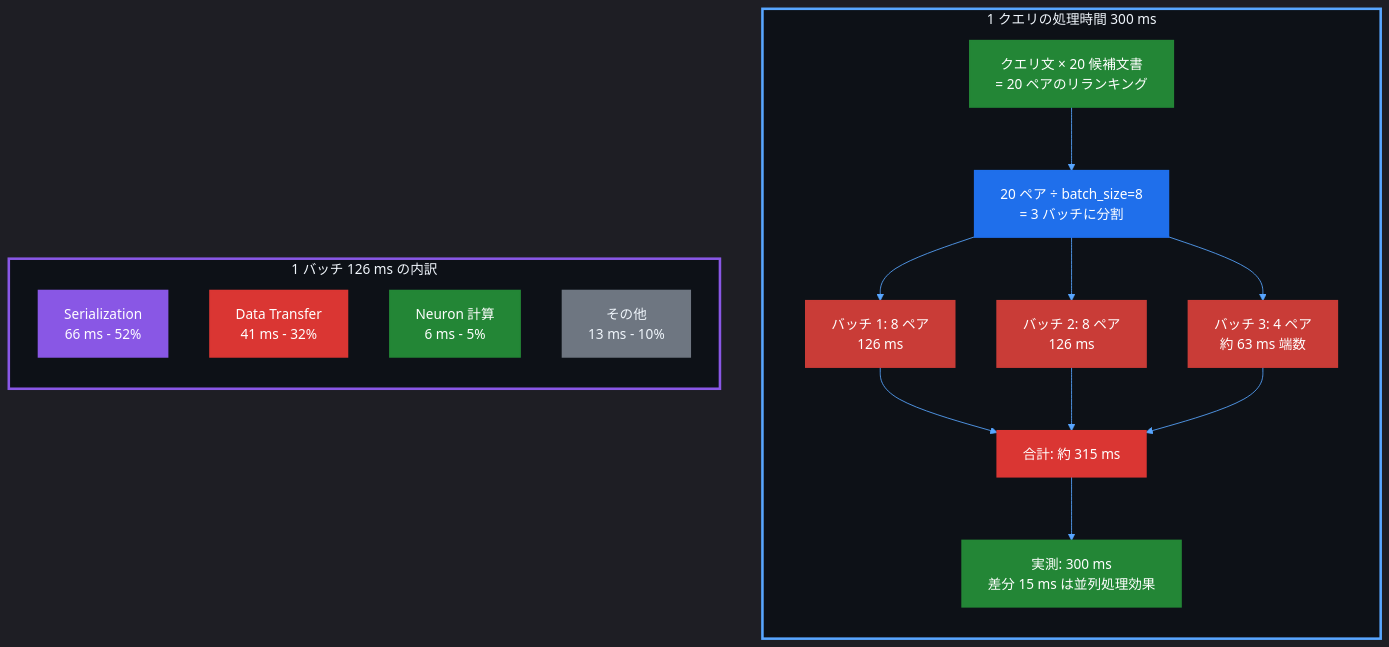
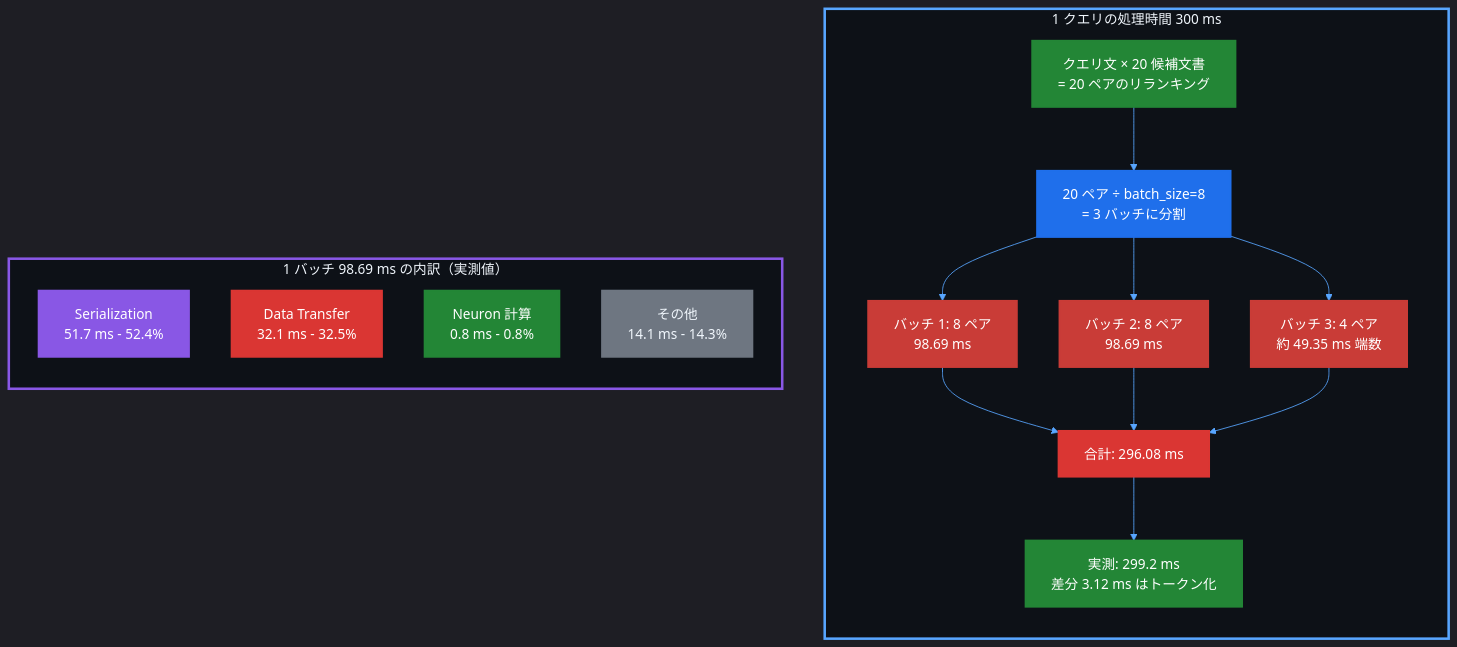
The first of 2 diagrams in articles/8d7643da66042e.md (littlemex/zenn), drawn with Mermaid before and after one commit. The commit also changed other lines of this file, not shown here.

````diff
--- a/articles/8d7643da66042e.md
+++ b/articles/8d7643da66042e.md
@@ -467,38 +549,38 @@
 ```mermaid
 %%{init: {'theme':'dark','themeVariables': {'darkMode': true, 'background': '#0d1117', 'primaryColor': '#58a6ff', 'primaryTextColor': '#f0f6fc', 'primaryBorderColor': '#58a6ff', 'lineColor': '#58a6ff', 'secondaryColor': '#58a6ff', 'tertiaryColor': '#58a6ff', 'fontSize': '16px'}}}%%
 flowchart TB
     subgraph query["1 クエリの処理時間 300 ms"]
         direction TB
         Q["クエリ文 × 20 候補文書<br/>= 20 ペアのリランキング"]
         Q --> D["20 ペア ÷ batch_size=8<br/>= 3 バッチに分割"]
-        D --> B1["バッチ 1: 8 ペア<br/>126 ms"]
-        D --> B2["バッチ 2: 8 ペア<br/>126 ms"]
-        D --> B3["バッチ 3: 4 ペア<br/>約 63 ms 端数"]
-        B1 --> T["合計: 約 315 ms"]
+        D --> B1["バッチ 1: 8 ペア<br/>98.69 ms"]
+        D --> B2["バッチ 2: 8 ペア<br/>98.69 ms"]
+        D --> B3["バッチ 3: 4 ペア<br/>約 49.35 ms 端数"]
+        B1 --> T["合計: 296.08 ms"]
         B2 --> T
         B3 --> T
-        T --> R["実測: 300 ms<br/>差分 15 ms は並列処理効果"]
+        T --> R["実測: 299.2 ms<br/>差分 3.12 ms はトークン化"]
     end
 
-    subgraph batch["1 バッチ 126 ms の内訳"]
+    subgraph batch["1 バッチ 98.69 ms の内訳（実測値）"]
         direction TB
-        S["Serialization<br/>66 ms - 52%"]
-        DT["Data Transfer<br/>41 ms - 32%"]
-        NC["Neuron 計算<br/>6 ms - 5%"]
-        O["その他<br/>13 ms - 10%"]
+        S["Serialization<br/>51.7 ms - 52.4%"]
+        DT["Data Transfer<br/>32.1 ms - 32.5%"]
+        NC["Neuron 計算<br/>0.8 ms - 0.8%"]
+        O["その他<br/>14.1 ms - 14.3%"]
     end
 
     style query fill:#0d1117,stroke:#58a6ff,stroke-width:3px,color:#f0f6fc
     style batch fill:#0d1117,stroke:#8957e5,stroke-width:3px,color:#f0f6fc
     style Q fill:#238636,stroke:#238636,stroke-width:2px,color:#ffffff
     style D fill:#1f6feb,stroke:#1f6feb,stroke-width:2px,color:#ffffff
     style B1 fill:#c93c37,stroke:#c93c37,stroke-width:2px,color:#ffffff
     style B2 fill:#c93c37,stroke:#c93c37,stroke-width:2px,color:#ffffff
     style B3 fill:#c93c37,stroke:#c93c37,stroke-width:2px,color:#ffffff
     style T fill:#da3633,stroke:#da3633,stroke-width:2px,color:#ffffff
     style R fill:#238636,stroke:#238636,stroke-width:2px,color:#ffffff
     style S fill:#8957e5,stroke:#8957e5,stroke-width:2px,color:#ffffff
     style DT fill:#da3633,stroke:#da3633,stroke-width:2px,color:#ffffff
     style NC fill:#238636,stroke:#238636,stroke-width:2px,color:#ffffff
     style O fill:#6e7681,stroke:#6e7681,stroke-width:2px,color:#f0f6fc
 ```
````
